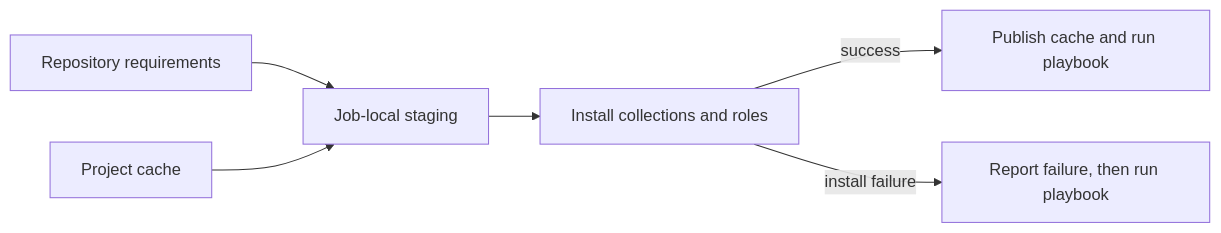
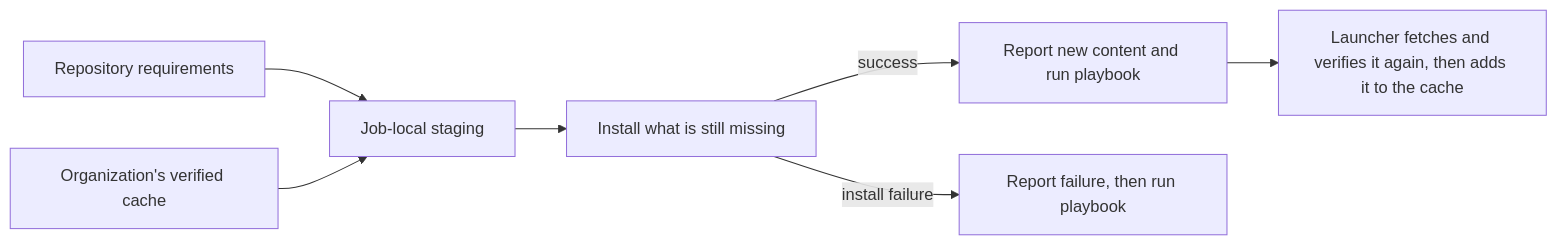
One commit to vhco-pro/stackweaver-frontend changed the diagram in docs/features/ansible/galaxy-collections.md. Above: the diagram before and after it, drawn with Mermaid. The commit also changed other lines of this file and 118 other files, not shown here.

````diff
--- a/docs/features/ansible/galaxy-collections.md
+++ b/docs/features/ansible/galaxy-collections.md
@@ -72,8 +77,9 @@
 ```mermaid
 flowchart LR
     R["Repository requirements"] --> S["Job-local staging"]
-    C["Project cache"] --> S
-    S --> G["Install collections and roles"]
-    G -->|success| P["Publish cache and run playbook"]
+    C["Organization's verified cache"] --> S
+    S --> G["Install what is still missing"]
+    G -->|success| P["Report new content and run playbook"]
     G -->|install failure| W["Report failure, then run playbook"]
+    P --> V["Launcher fetches and verifies it again, then adds it to the cache"]
 ```
````
